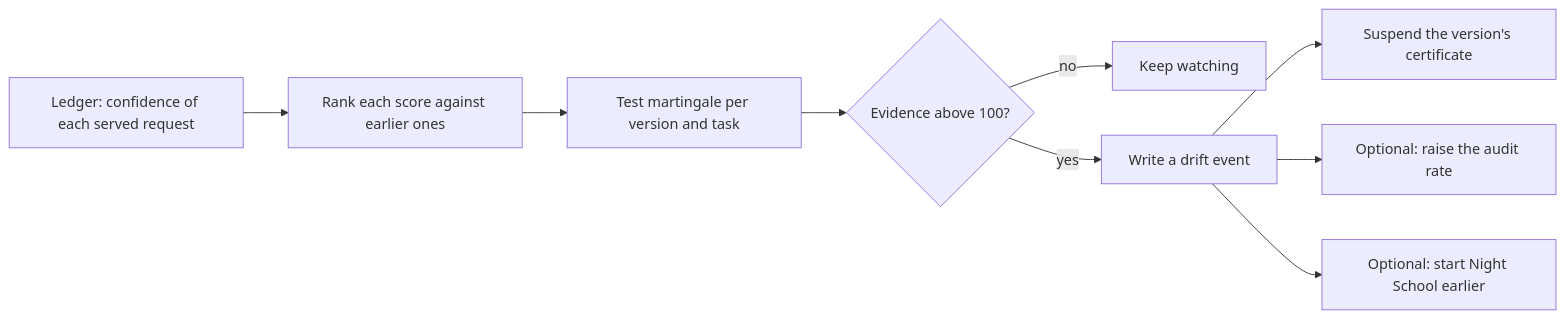
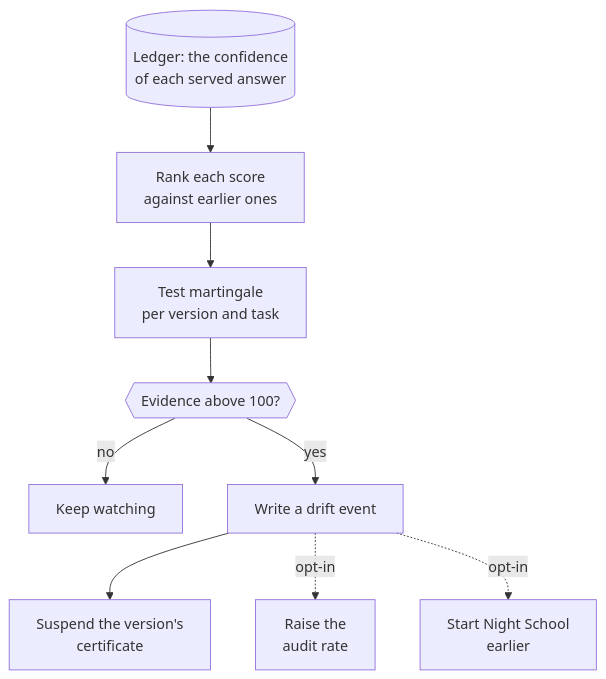
One commit to harshbhx/ratchet changed the fourth of 4 diagrams in docs-site/src/content/docs/guides/confidence.mdx. Above: the diagram before and after it, drawn with Mermaid. The commit also changed other lines of this file and 25 other files, not shown here.

````diff
--- a/docs-site/src/content/docs/guides/confidence.mdx
+++ b/docs-site/src/content/docs/guides/confidence.mdx
@@ -212,11 +267,16 @@
 ```mermaid
-flowchart LR
-  L["Ledger: confidence of each served request"] --> R["Rank each score against earlier ones"]
-  R --> M["Test martingale per version and task"]
-  M --> Q{"Evidence above 100?"}
+flowchart TB
+  L[("Ledger: the confidence<br/>of each served answer")] --> R["Rank each score<br/>against earlier ones"]
+  R --> M["Test martingale<br/>per version and task"]
+  M --> Q{{"Evidence above 100?"}}
   Q -->|no| W["Keep watching"]
   Q -->|yes| D["Write a drift event"]
-  D --> C["Suspend the version's certificate"]
-  D --> B["Optional: raise the audit rate"]
-  D --> N["Optional: start Night School earlier"]
+  D --> C["Suspend the version's<br/>certificate"]
+  D -.->|"opt-in"| B["Raise the<br/>audit rate"]
+  D -.->|"opt-in"| N["Start Night School<br/>earlier"]
+
+  class L store
+  class Q gate
+  class C danger
+  class B,N outline
 ```
````
